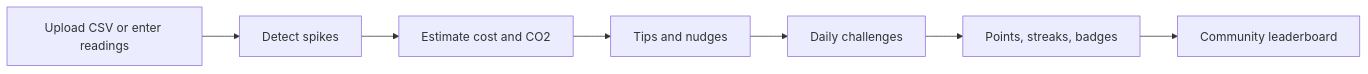
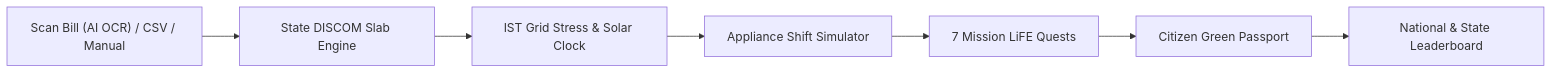
The first of 2 diagrams in README.md (harsh773988/Wattwise), drawn with Mermaid before and after one commit. The commit also changed other lines of this file and 82 other files, not shown here.

````diff
--- a/README.md
+++ b/README.md
@@ -24,9 +27,9 @@
 ```mermaid
 flowchart LR
-  A["Upload CSV or enter readings"] --> B["Detect spikes"]
-  B --> C["Estimate cost and CO2"]
-  C --> D["Tips and nudges"]
-  D --> E["Daily challenges"]
-  E --> F["Points, streaks, badges"]
-  F --> G["Community leaderboard"]
+  A["Scan Bill (AI OCR) / CSV / Manual"] --> B["State DISCOM Slab Engine"]
+  B --> C["IST Grid Stress & Solar Clock"]
+  C --> D["Appliance Shift Simulator"]
+  D --> E["7 Mission LiFE Quests"]
+  E --> F["Citizen Green Passport"]
+  F --> G["National & State Leaderboard"]
 ```
````
